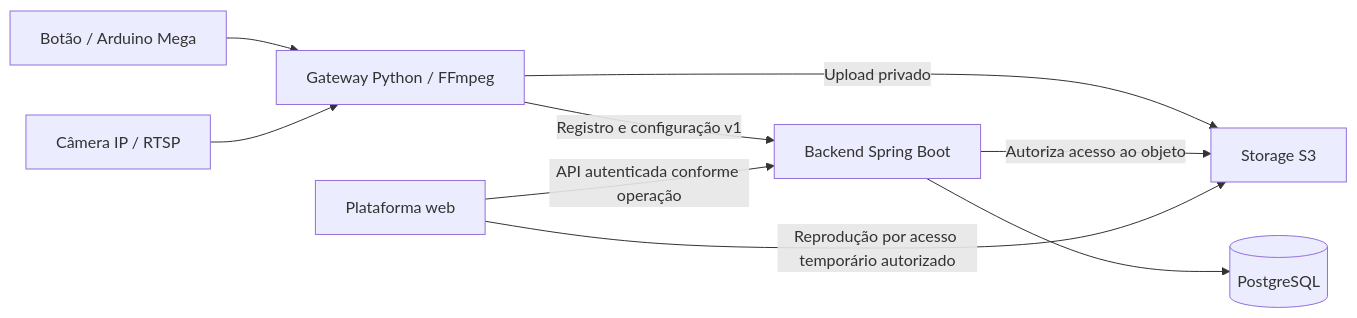
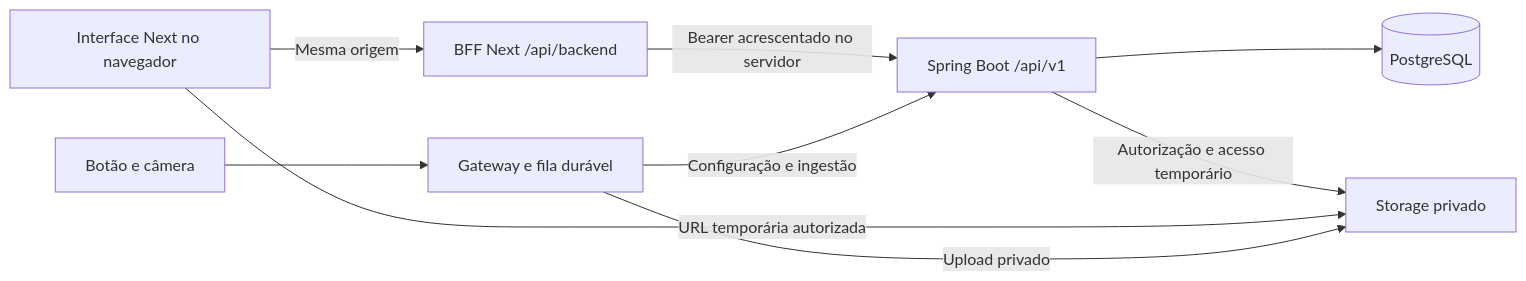
The diagram in docs/plataforma_web.md (fpp-7/clickLance), drawn with Mermaid before and after one commit. The commit also changed other lines of this file and 65 other files, not shown here.

````diff
--- a/docs/plataforma_web.md
+++ b/docs/plataforma_web.md
@@ -35,11 +40,11 @@
 ```mermaid
 flowchart LR
-    Botao[Botão / Arduino Mega] --> Gateway[Gateway Python / FFmpeg]
-    Camera[Câmera IP / RTSP] --> Gateway
-    Gateway -->|Upload privado| Storage[Storage S3]
-    Gateway -->|Registro e configuração v1| Backend[Backend Spring Boot]
-    Web[Plataforma web] -->|API autenticada conforme operação| Backend
+    Navegador[Interface Next no navegador] -->|Mesma origem| BFF[BFF Next /api/backend]
+    BFF -->|Bearer acrescentado no servidor| Backend[Spring Boot /api/v1]
     Backend --> Banco[(PostgreSQL)]
-    Backend -->|Autoriza acesso ao objeto| Storage
-    Web -->|Reprodução por acesso temporário autorizado| Storage
+    Backend -->|Autorização e acesso temporário| Storage[Storage privado]
+    Navegador -->|URL temporária autorizada| Storage
+    Botao[Botão e câmera] --> Gateway[Gateway e fila durável]
+    Gateway -->|Upload privado| Storage
+    Gateway -->|Configuração e ingestão| Backend
 ```
````
